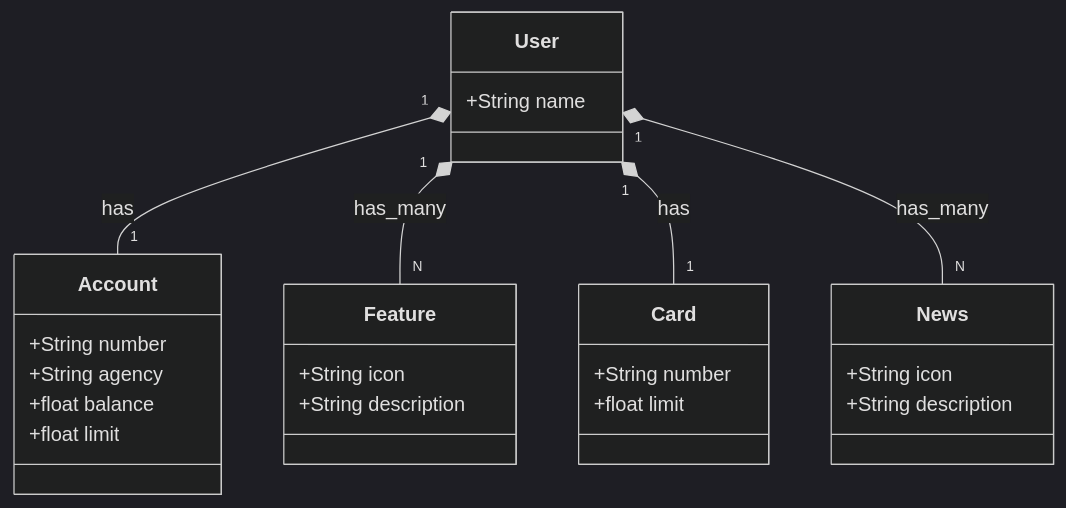
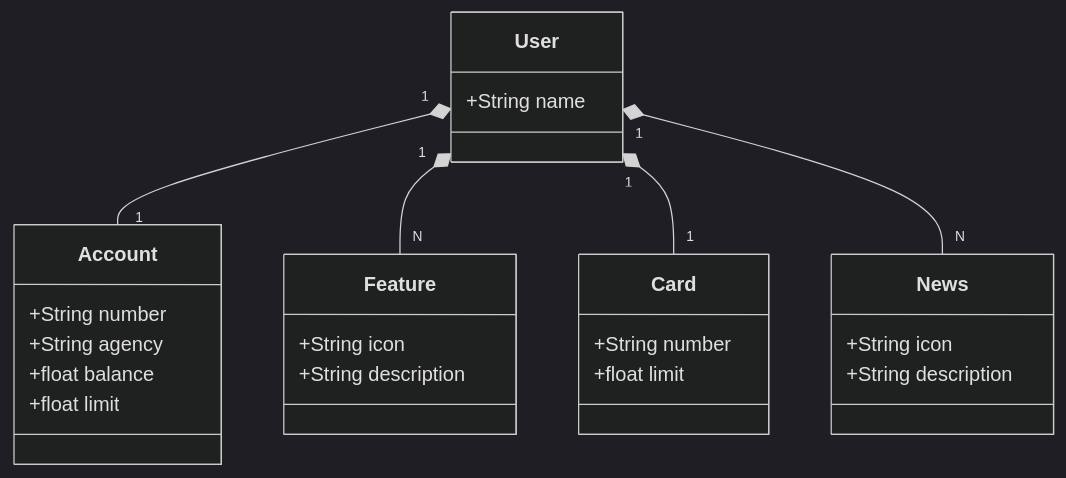
Before and after one commit to CdevTak/santander-dev-week-2023: the diagram in README.md, drawn with Mermaid (dark theme).

````diff
--- a/README.md
+++ b/README.md
@@ -6,33 +6,33 @@
 ```mermaid
 classDiagram
     class User {
         +String name
     }
 
     class Account {
         +String number
         +String agency
         +float balance
         +float limit
     }
 
     class Feature {
         +String icon
         +String description
     }
 
     class Card {
         +String number
         +float limit
     }
 
     class News {
         +String icon
         +String description
     }
 
-    User "1" *-- "1" Account : has
-    User "1" *-- "N" Feature : has_many
-    User "1" *-- "1" Card : has
-    User "1" *-- "N" News : has_many
+    User "1" *-- "1" Account
+    User "1" *-- "N" Feature 
+    User "1" *-- "1" Card 
+    User "1" *-- "N" News 
 ```
````
